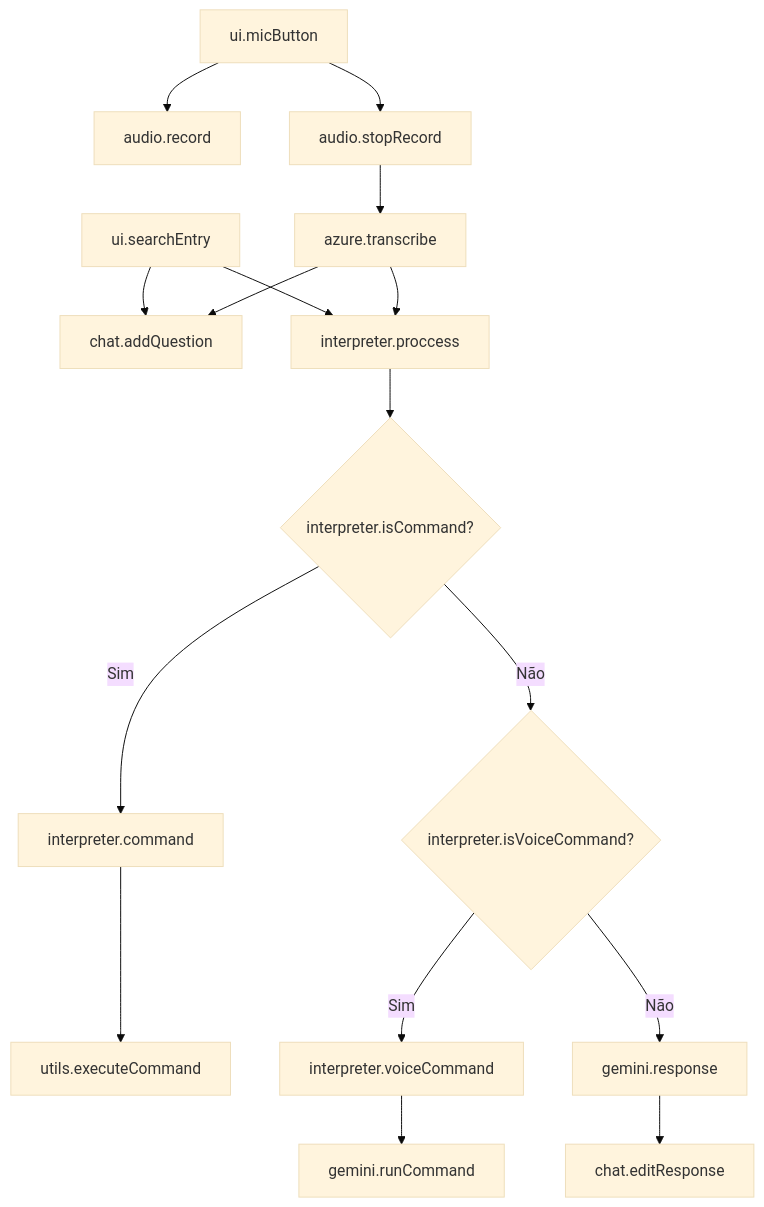
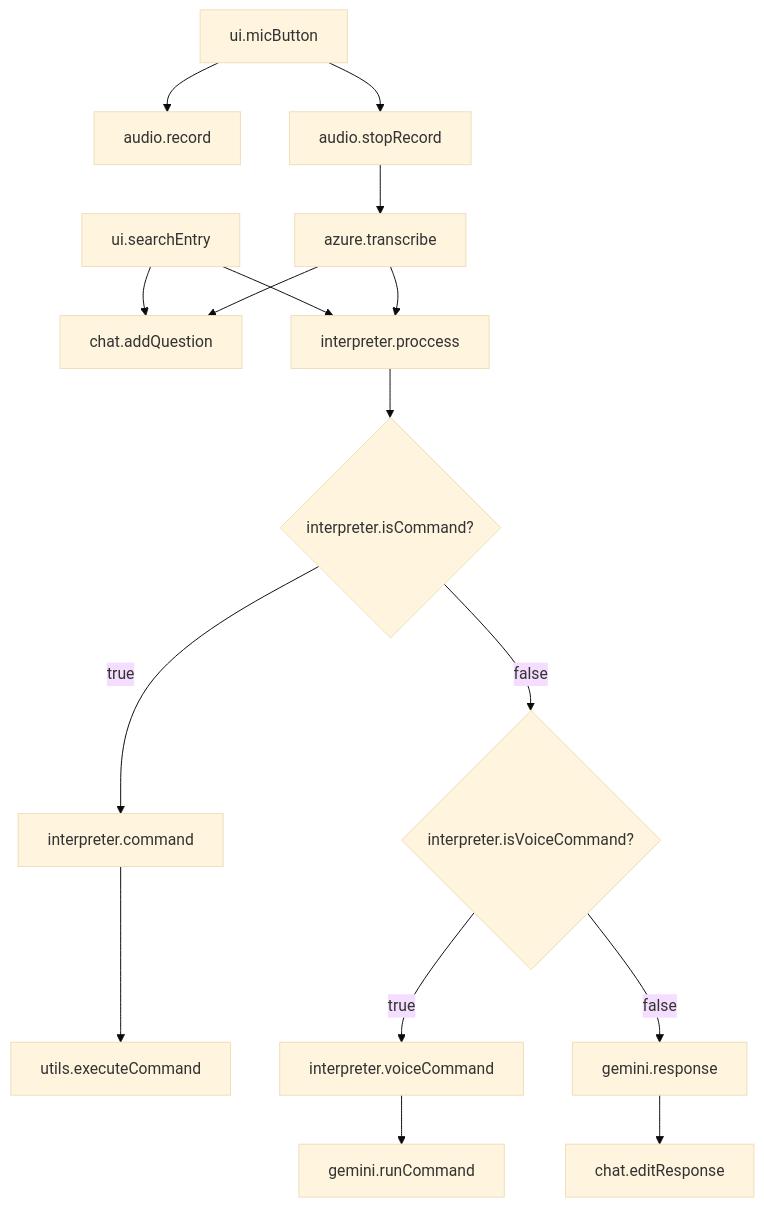
The diagram in Markdown.md (hermannhahn/aiva), drawn with Mermaid (base theme) before and after one commit. The commit also changed 1 other file, not shown here.

````diff
--- a/Markdown.md
+++ b/Markdown.md
@@ -1,22 +1,22 @@
 ```mermaid
 graph TD
-    %% Entradas principais
+    %% Entry
     A[ui.searchEntry] --> B[chat.addQuestion]
     A --> C[interpreter.proccess]
 
     D[ui.micButton] --> E[audio.record]
     D --> F[audio.stopRecord]
 
-    %% Fluxo de processamento de áudio
+    %% Audio
     F --> G[azure.transcribe]
     G --> B
     G --> C
 
-    %% Fluxo de interpretação
+    %% Interpreter
     C --> H{interpreter.isCommand?}
-    H -- Sim --> I[interpreter.command] --> J[utils.executeCommand]
-    H -- Não --> K{interpreter.isVoiceCommand?}
+    H -- true --> I[interpreter.command] --> J[utils.executeCommand]
+    H -- false --> K{interpreter.isVoiceCommand?}
 
-    K -- Sim --> L[interpreter.voiceCommand] --> M[gemini.runCommand]
-    K -- Não --> N[gemini.response] --> O[chat.editResponse]
+    K -- true --> L[interpreter.voiceCommand] --> M[gemini.runCommand]
+    K -- false --> N[gemini.response] --> O[chat.editResponse]
 ```
````
